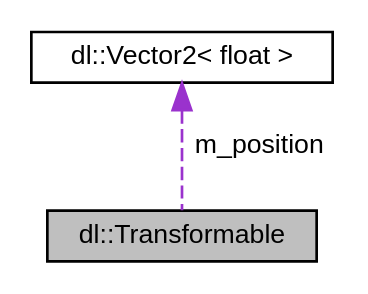
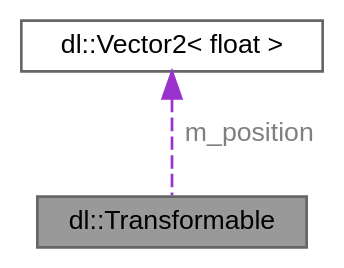
The diagram in docs/classdl_1_1Transformable__coll__graph.dot (Dogbonee/Dualie), drawn with Graphviz before and after one commit. The commit also changed 198 other files, not shown here.

```diff
--- a/docs/classdl_1_1Transformable__coll__graph.dot
+++ b/docs/classdl_1_1Transformable__coll__graph.dot
@@ -1,9 +1,10 @@
 digraph "dl::Transformable"
 {
  // LATEX_PDF_SIZE
-  edge [fontname="Helvetica",fontsize="10",labelfontname="Helvetica",labelfontsize="10"];
-  node [fontname="Helvetica",fontsize="10",shape=record];
-  Node1 [label="dl::Transformable",height=0.2,width=0.4,color="black", fillcolor="grey75", style="filled", fontcolor="black",tooltip="A base class for anything that has a position on the screen."];
-  Node2 -> Node1 [dir="back",color="darkorchid3",fontsize="10",style="dashed",label=" m_position" ,fontname="Helvetica"];
-  Node2 [label="dl::Vector2\< float \>",height=0.2,width=0.4,color="black", fillcolor="white", style="filled",URL="$classdl_1_1Vector2.html",tooltip=" "];
+  bgcolor="transparent";
+  edge [fontname=Helvetica,fontsize=10,labelfontname=Helvetica,labelfontsize=10];
+  node [fontname=Helvetica,fontsize=10,shape=box,height=0.2,width=0.4];
+  Node1 [id="Node000001",label="dl::Transformable",height=0.2,width=0.4,color="gray40", fillcolor="grey60", style="filled", fontcolor="black",tooltip="A base class for anything that has a position on the screen."];
+  Node2 -> Node1 [id="edge1_Node000001_Node000002",dir="back",color="darkorchid3",style="dashed",tooltip=" ",label=" m_position",fontcolor="grey" ];
+  Node2 [id="Node000002",label="dl::Vector2\< float \>",height=0.2,width=0.4,color="gray40", fillcolor="white", style="filled",URL="$classdl_1_1Vector2.html",tooltip=" "];
 }
```
